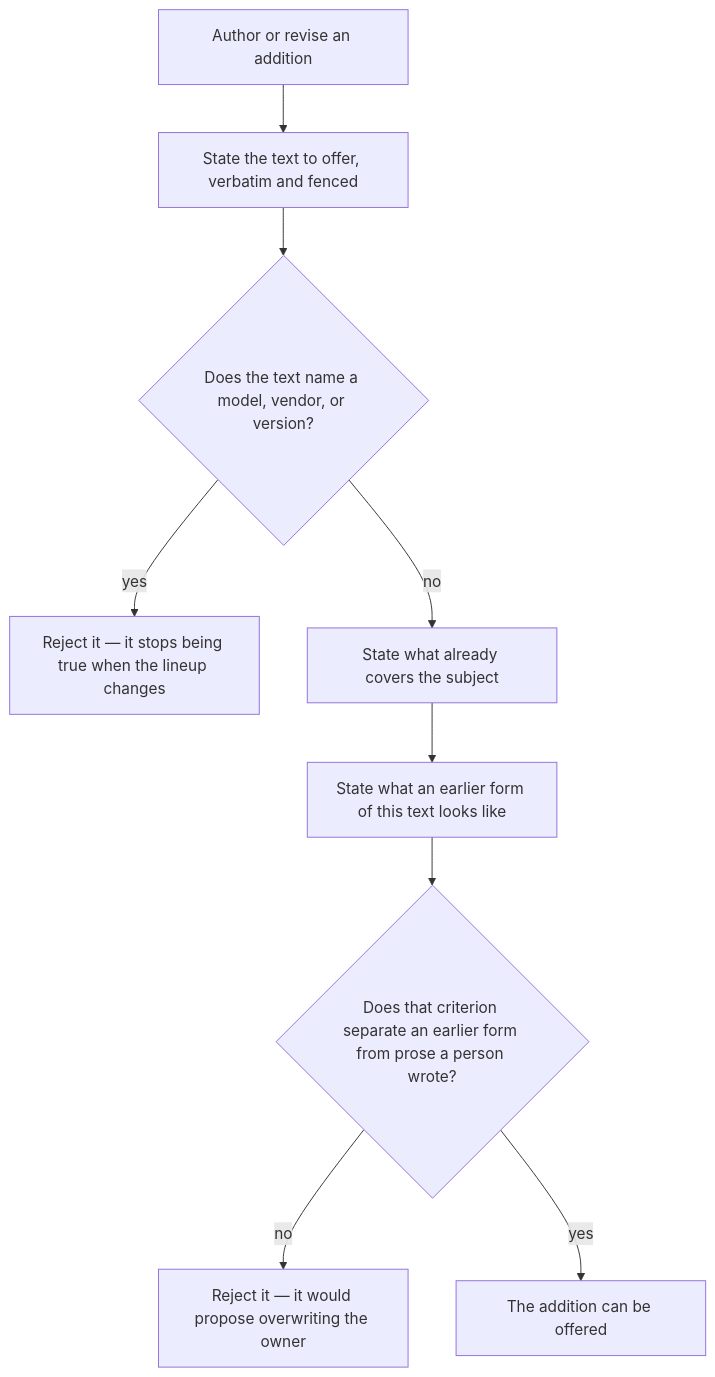
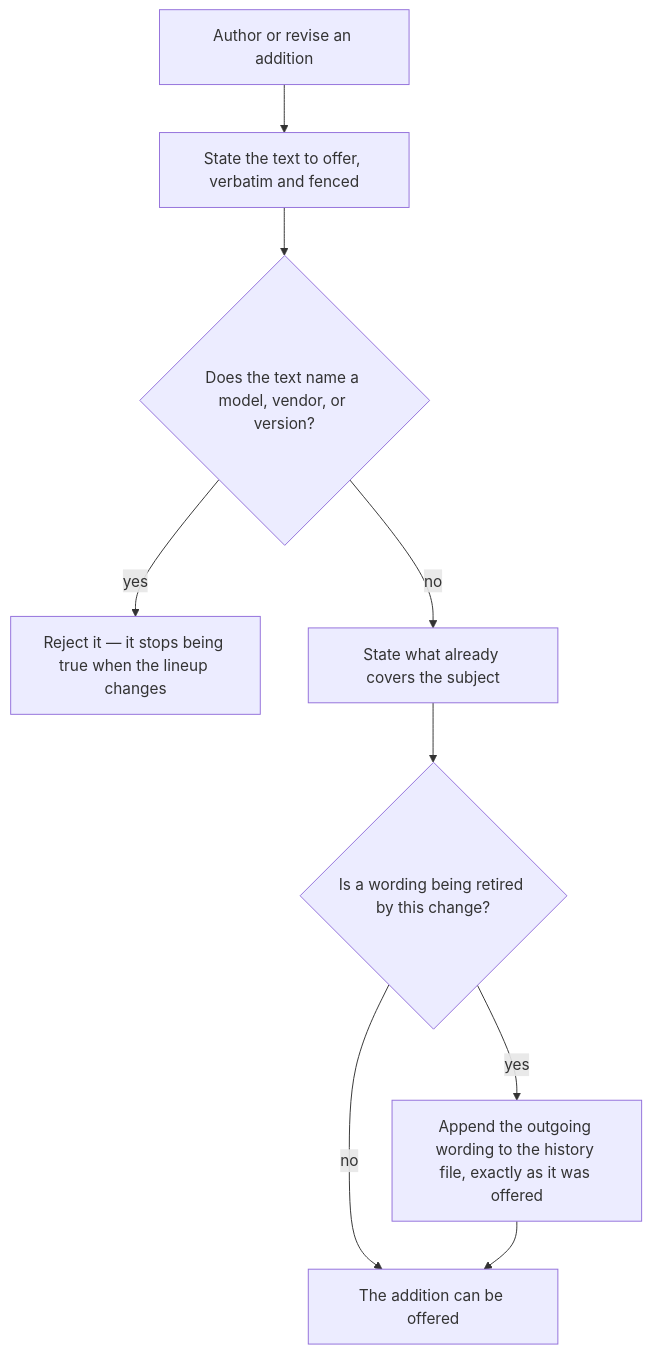
The second of 2 diagrams in packages/buddy-agent-harness/.agents/spec/skills/enhance/README.md (repobuddy/buddy-agent-harness), drawn with Mermaid before and after one commit. The commit also changed other lines of this file and 4 other files, not shown here.

````diff
--- a/packages/buddy-agent-harness/.agents/spec/skills/enhance/README.md
+++ b/packages/buddy-agent-harness/.agents/spec/skills/enhance/README.md
@@ -133,11 +172,12 @@
 ```mermaid
 flowchart TD
   P[Author or revise an addition] --> Q[State the text to offer, verbatim and fenced]
   Q --> R{Does the text name a model, vendor, or version?}
   R -->|yes| S[Reject it — it stops being true when the lineup changes]
   R -->|no| T[State what already covers the subject]
-  T --> U[State what an earlier form of this text looks like]
-  U --> V{Does that criterion separate an earlier form from prose a person wrote?}
-  V -->|no| W[Reject it — it would propose overwriting the owner]
-  V -->|yes| X[The addition can be offered]
+  T --> U{Is a wording being retired by this change?}
+  U -->|no| X[The addition can be offered]
+  U -->|yes| U1[Append the outgoing wording to the history file, exactly as it was offered]
+  U1 --> X
+  %% A retiring change also adds scenarios for its revision shape and passes the gate against the new pair: authoring discipline, not an edge.
 ```
````
